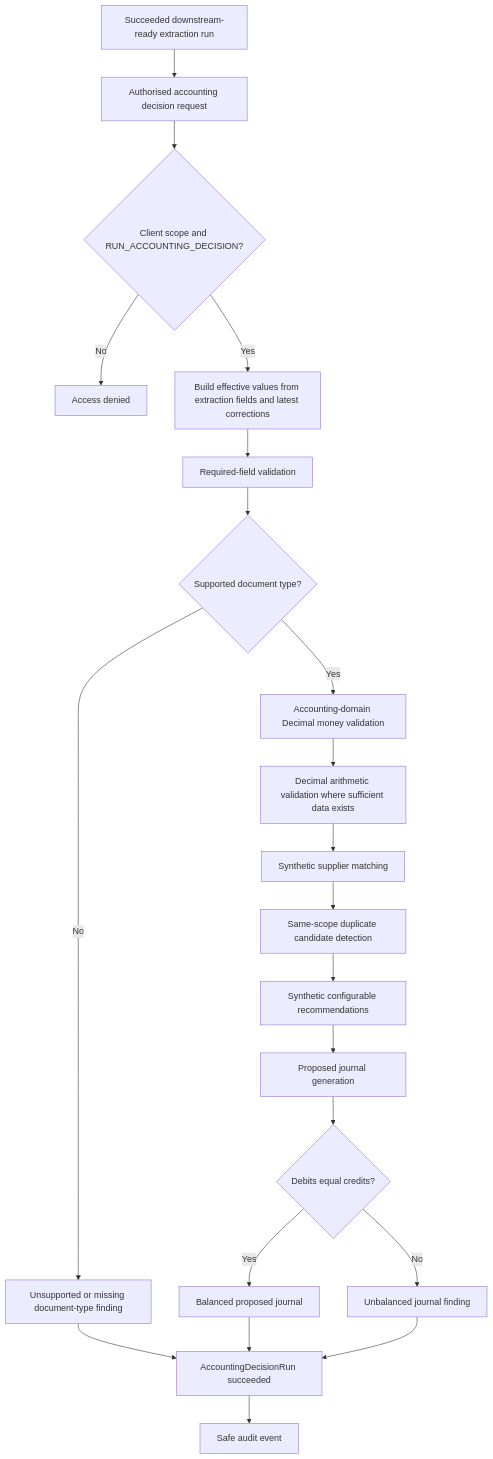
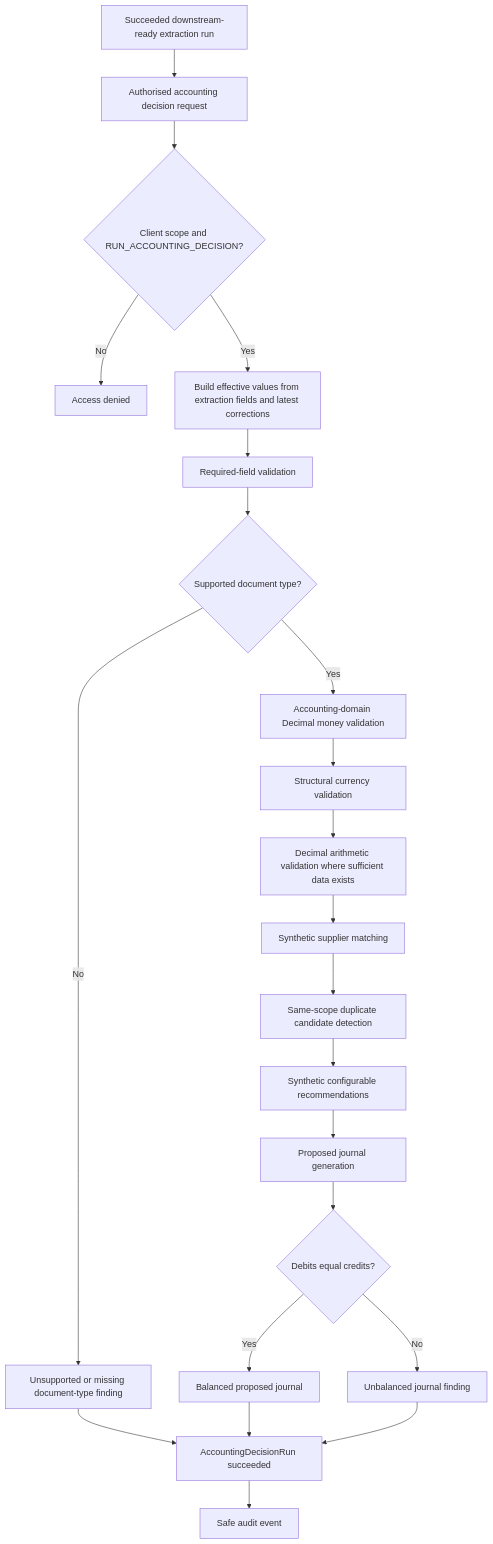
Before and after one commit to Linardi1328/ledgerpilot-ai: the third of 6 diagrams in docs/WORKFLOWS.md, drawn with Mermaid. The commit also changed other lines of this file and 9 other files, not shown here.

````diff
--- a/docs/WORKFLOWS.md
+++ b/docs/WORKFLOWS.md
@@ -59,23 +59,24 @@
 ```mermaid
 flowchart TD
     A[Succeeded downstream-ready extraction run] --> B[Authorised accounting decision request]
     B --> C{Client scope and RUN_ACCOUNTING_DECISION?}
     C -->|No| D[Access denied]
     C -->|Yes| E[Build effective values from extraction fields and latest corrections]
     E --> F[Required-field validation]
     F --> G{Supported document type?}
     G -->|No| H[Unsupported or missing document-type finding]
     G -->|Yes| I[Accounting-domain Decimal money validation]
-    I --> J[Decimal arithmetic validation where sufficient data exists]
-    J --> K[Synthetic supplier matching]
-    K --> L[Same-scope duplicate candidate detection]
-    L --> M[Synthetic configurable recommendations]
-    M --> N[Proposed journal generation]
-    N --> O{Debits equal credits?}
+    I --> J[Structural currency validation]
+    J --> K[Decimal arithmetic validation where sufficient data exists]
+    K --> L[Synthetic supplier matching]
+    L --> M[Same-scope duplicate candidate detection]
+    M --> N[Synthetic configurable recommendations]
+    N --> T[Proposed journal generation]
+    T --> O{Debits equal credits?}
     O -->|Yes| P[Balanced proposed journal]
     O -->|No| Q[Unbalanced journal finding]
     H --> R[AccountingDecisionRun succeeded]
     P --> R
     Q --> R
     R --> S[Safe audit event]
 ```
````
